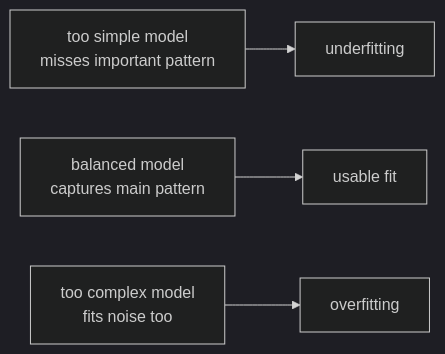
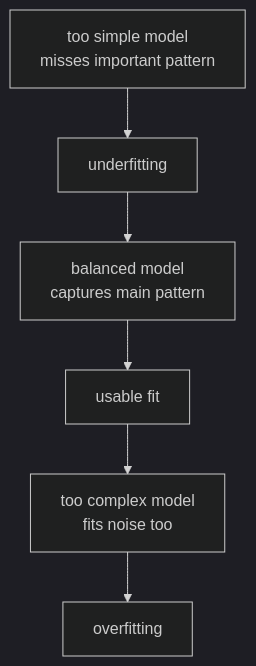
The diagram in docs/parts/part-03/chapter-05/section-01.md (devchan64/AiBook), drawn with Mermaid (dark theme) before and after one commit. The commit also changed other lines of this file and 62 other files, not shown here.

````diff
--- a/docs/parts/part-03/chapter-05/section-01.md
+++ b/docs/parts/part-03/chapter-05/section-01.md
@@ -175,10 +175,15 @@
 ```mermaid
-flowchart LR
+flowchart TB
   A["too simple model<br/>misses important pattern"]
+  A1["underfitting"]
   B["balanced model<br/>captures main pattern"]
+  B1["usable fit"]
   C["too complex model<br/>fits noise too"]
+  C1["overfitting"]
 
-  A --> A1["underfitting"]
-  B --> B1["usable fit"]
-  C --> C1["overfitting"]
+  A --> A1
+  A1 --> B
+  B --> B1
+  B1 --> C
+  C --> C1
 ```
````
